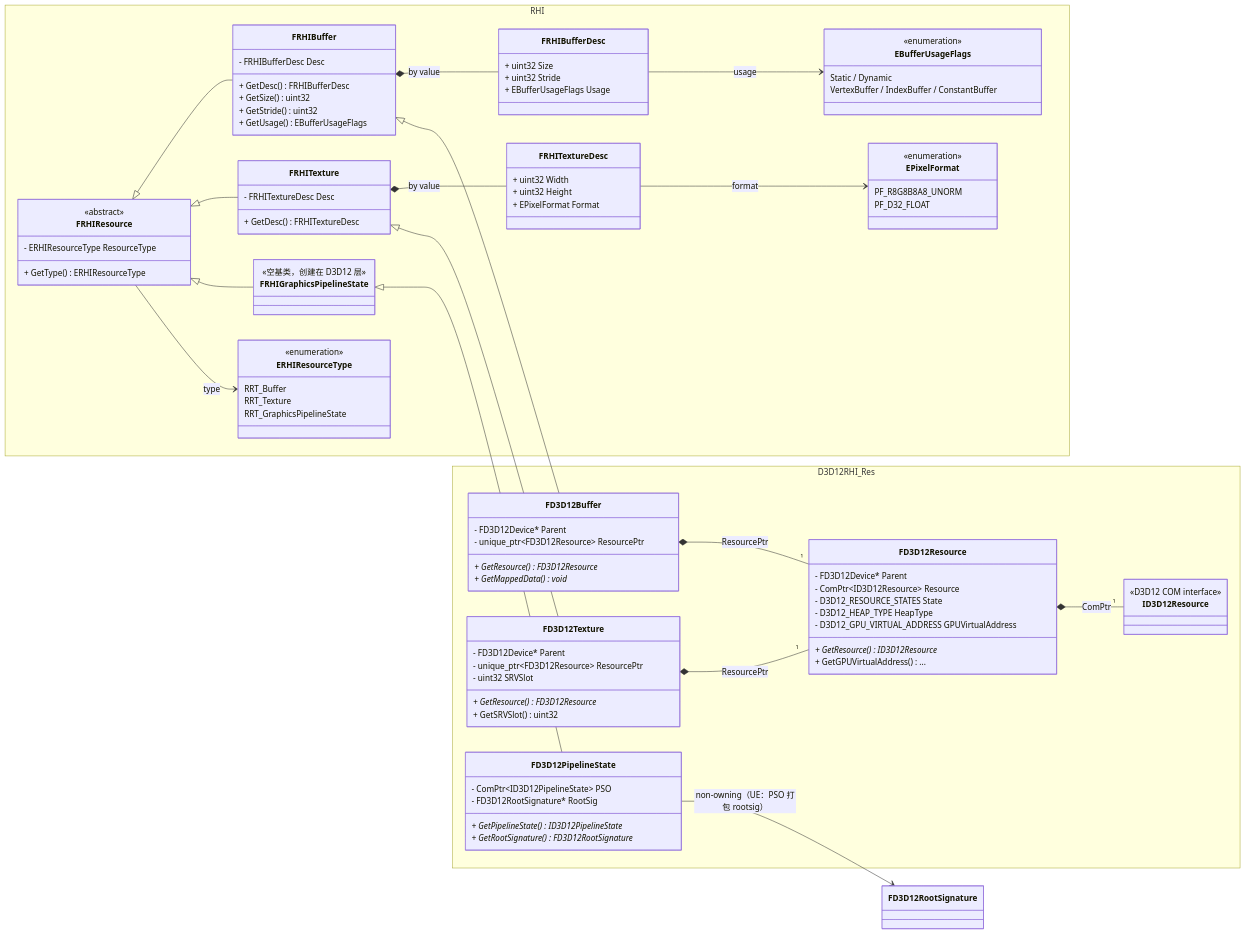
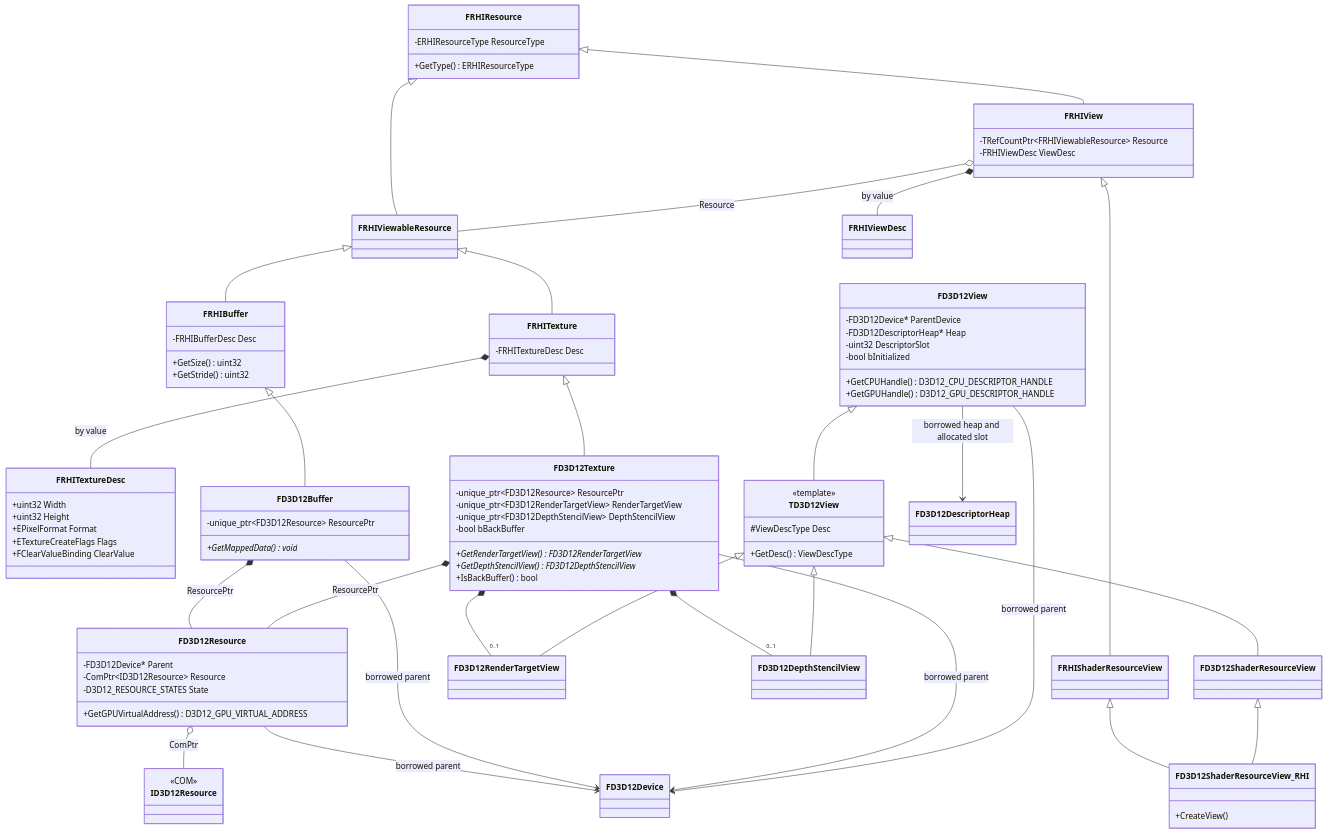
The first of 7 diagrams in Source/D3D12RHI_UML.md (TailSeries/BaseTestEngine), drawn with Mermaid before and after one commit. The commit also changed other lines of this file and 8 other files, not shown here.

````diff
--- a/Source/D3D12RHI_UML.md
+++ b/Source/D3D12RHI_UML.md
@@ -11,103 +13,98 @@
 ```mermaid
 classDiagram
-direction LR
-
-namespace RHI {
-    class FRHIResource {
-        <<abstract>>
-        - ERHIResourceType ResourceType
-        + GetType() ERHIResourceType
-    }
-    class FRHIBuffer {
-        - FRHIBufferDesc Desc
-        + GetDesc() FRHIBufferDesc
-        + GetSize() uint32
-        + GetStride() uint32
-        + GetUsage() EBufferUsageFlags
-    }
-    class FRHITexture {
-        - FRHITextureDesc Desc
-        + GetDesc() FRHITextureDesc
-    }
-    class FRHIGraphicsPipelineState {
-        <<空基类，创建在 D3D12 层>>
-    }
-    class FRHIBufferDesc {
-        + uint32 Size
-        + uint32 Stride
-        + EBufferUsageFlags Usage
-    }
-    class FRHITextureDesc {
-        + uint32 Width
-        + uint32 Height
-        + EPixelFormat Format
-    }
-    class ERHIResourceType {
-        <<enumeration>>
-        RRT_Buffer
-        RRT_Texture
-        RRT_GraphicsPipelineState
-    }
-    class EBufferUsageFlags {
-        <<enumeration>>
-        Static / Dynamic
-        VertexBuffer / IndexBuffer / ConstantBuffer
-    }
-    class EPixelFormat {
-        <<enumeration>>
-        PF_R8G8B8A8_UNORM
-        PF_D32_FLOAT
-    }
+direction TB
+class FRHIResource {
+    -ERHIResourceType ResourceType
+    +GetType() ERHIResourceType
+}
+class FRHIViewableResource
+class FRHIBuffer {
+    -FRHIBufferDesc Desc
+    +GetSize() uint32
+    +GetStride() uint32
+}
+class FRHITexture {
+    -FRHITextureDesc Desc
+}
+class FRHITextureDesc {
+    +uint32 Width
+    +uint32 Height
+    +EPixelFormat Format
+    +ETextureCreateFlags Flags
+    +FClearValueBinding ClearValue
+}
+class FRHIView {
+    -TRefCountPtr~FRHIViewableResource~ Resource
+    -FRHIViewDesc ViewDesc
+}
+class FRHIViewDesc
+class FRHIShaderResourceView
+class FD3D12Buffer {
+    -unique_ptr~FD3D12Resource~ ResourcePtr
+    +GetMappedData() void*
+}
+class FD3D12Texture {
+    -unique_ptr~FD3D12Resource~ ResourcePtr
+    -unique_ptr~FD3D12RenderTargetView~ RenderTargetView
+    -unique_ptr~FD3D12DepthStencilView~ DepthStencilView
+    -bool bBackBuffer
+    +GetRenderTargetView() FD3D12RenderTargetView*
+    +GetDepthStencilView() FD3D12DepthStencilView*
+    +IsBackBuffer() bool
+}
+class FD3D12Resource {
+    -FD3D12Device* Parent
+    -ComPtr~ID3D12Resource~ Resource
+    -D3D12_RESOURCE_STATES State
+    +GetGPUVirtualAddress() D3D12_GPU_VIRTUAL_ADDRESS
+}
+class FD3D12View {
+    -FD3D12Device* ParentDevice
+    -FD3D12DescriptorHeap* Heap
+    -uint32 DescriptorSlot
+    -bool bInitialized
+    +GetCPUHandle() D3D12_CPU_DESCRIPTOR_HANDLE
+    +GetGPUHandle() D3D12_GPU_DESCRIPTOR_HANDLE
+}
+class TD3D12View {
+    <<template>>
+    #ViewDescType Desc
+    +GetDesc() ViewDescType
+}
+class FD3D12RenderTargetView
+class FD3D12DepthStencilView
+class FD3D12ShaderResourceView
+class FD3D12ShaderResourceView_RHI {
+    +CreateView()
+}
+class ID3D12Resource {
+    <<COM>>
 }
 
-namespace D3D12RHI_Res {
-    class FD3D12Buffer {
-        - FD3D12Device* Parent
-        - unique_ptr~FD3D12Resource~ ResourcePtr
-        + GetResource() FD3D12Resource*
-        + GetMappedData() void*
-    }
-    class FD3D12Texture {
-        - FD3D12Device* Parent
-        - unique_ptr~FD3D12Resource~ ResourcePtr
-        - uint32 SRVSlot
-        + GetResource() FD3D12Resource*
-        + GetSRVSlot() uint32
-    }
-    class FD3D12PipelineState {
-        - ComPtr~ID3D12PipelineState~ PSO
-        - FD3D12RootSignature* RootSig
-        + GetPipelineState() ID3D12PipelineState*
-        + GetRootSignature() FD3D12RootSignature*
-    }
-    class FD3D12Resource {
-        - FD3D12Device* Parent
-        - ComPtr~ID3D12Resource~ Resource
-        - D3D12_RESOURCE_STATES State
-        - D3D12_HEAP_TYPE HeapType
-        - D3D12_GPU_VIRTUAL_ADDRESS GPUVirtualAddress
-        + GetResource() ID3D12Resource*
-        + GetGPUVirtualAddress() ...
-    }
-    class ID3D12Resource {
-        <<D3D12 COM interface>>
-    }
-}
-
-FRHIResource <|-- FRHIBuffer
-FRHIResource <|-- FRHITexture
-FRHIResource <|-- FRHIGraphicsPipelineState
-FRHIBuffer *-- FRHIBufferDesc : by value
+FRHIResource <|-- FRHIViewableResource
+FRHIViewableResource <|-- FRHIBuffer
+FRHIViewableResource <|-- FRHITexture
+FRHIResource <|-- FRHIView
+FRHIView <|-- FRHIShaderResourceView
 FRHITexture *-- FRHITextureDesc : by value
-FRHIResource --> ERHIResourceType : type
-FRHIBufferDesc --> EBufferUsageFlags : usage
-FRHITextureDesc --> EPixelFormat : format
-
+FRHIView *-- FRHIViewDesc : by value
+FRHIView o-- FRHIViewableResource : Resource
 FRHIBuffer <|-- FD3D12Buffer
 FRHITexture <|-- FD3D12Texture
-FRHIGraphicsPipelineState <|-- FD3D12PipelineState
-FD3D12Buffer *-- "1" FD3D12Resource : ResourcePtr
-FD3D12Texture *-- "1" FD3D12Resource : ResourcePtr
-FD3D12PipelineState --> FD3D12RootSignature : non-owning（UE：PSO 打包 rootsig）
-FD3D12Resource *-- "1" ID3D12Resource : ComPtr
+FD3D12Buffer *-- FD3D12Resource : ResourcePtr
+FD3D12Texture *-- FD3D12Resource : ResourcePtr
+FD3D12Texture *-- "0..1" FD3D12RenderTargetView
+FD3D12Texture *-- "0..1" FD3D12DepthStencilView
+FD3D12Resource o-- ID3D12Resource : ComPtr
+FD3D12View <|-- TD3D12View
+TD3D12View <|-- FD3D12RenderTargetView
+TD3D12View <|-- FD3D12DepthStencilView
+TD3D12View <|-- FD3D12ShaderResourceView
+FRHIShaderResourceView <|-- FD3D12ShaderResourceView_RHI
+FD3D12ShaderResourceView <|-- FD3D12ShaderResourceView_RHI
+FD3D12View --> FD3D12DescriptorHeap : borrowed heap and allocated slot
+FD3D12Resource --> FD3D12Device : borrowed parent
+FD3D12Buffer --> FD3D12Device : borrowed parent
+FD3D12Texture --> FD3D12Device : borrowed parent
+FD3D12View --> FD3D12Device : borrowed parent
 ```
````
